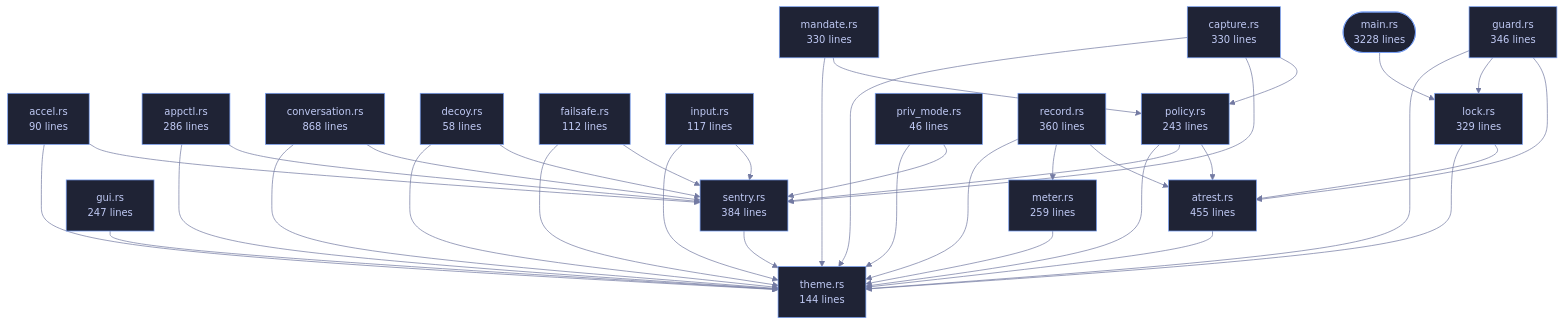
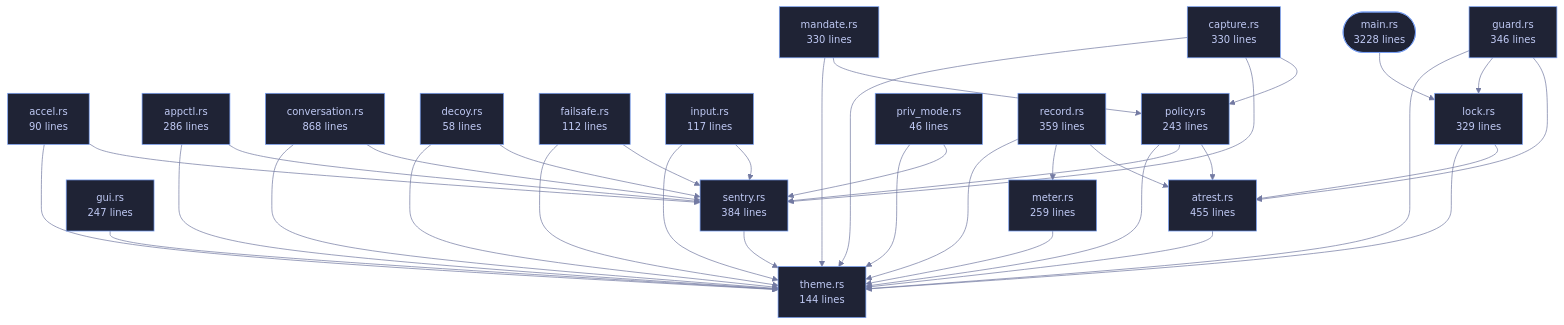
One commit to tilas01/veilvoice changed the diagram in crates/veilvoice-cli/README.md. Above: the diagram before and after it, drawn with Mermaid. The commit also changed other lines of this file and 46 other files, not shown here.

````diff
--- a/crates/veilvoice-cli/README.md
+++ b/crates/veilvoice-cli/README.md
@@ -110,77 +110,77 @@
 ```mermaid
 %%{init: {"theme":"base","themeVariables":{"background":"#1a1b26","primaryColor":"#1f2335","primaryTextColor":"#c0caf5","primaryBorderColor":"#7aa2f7","secondaryColor":"#16161e","tertiaryColor":"#16161e","lineColor":"#737aa2","textColor":"#c0caf5","mainBkg":"#1f2335","nodeBorder":"#7aa2f7","clusterBkg":"#16161e","clusterBorder":"#2f3549","fontFamily":"ui-monospace, SFMono-Regular, Consolas, monospace","fontSize":"14px"}}}%%
 flowchart TD
     n_main(["main.rs<br/>3228 lines"])
     n_accel["accel.rs<br/>90 lines"]
     n_appctl["appctl.rs<br/>286 lines"]
     n_atrest["atrest.rs<br/>455 lines"]
     n_capture["capture.rs<br/>330 lines"]
     n_conversation["conversation.rs<br/>868 lines"]
     n_decoy["decoy.rs<br/>58 lines"]
     n_failsafe["failsafe.rs<br/>112 lines"]
     n_guard["guard.rs<br/>346 lines"]
     n_gui["gui.rs<br/>247 lines"]
     n_input["input.rs<br/>117 lines"]
     n_lock["lock.rs<br/>329 lines"]
     n_mandate["mandate.rs<br/>330 lines"]
     n_meter["meter.rs<br/>259 lines"]
     n_policy["policy.rs<br/>243 lines"]
     n_priv_mode["priv_mode.rs<br/>46 lines"]
-    n_record["record.rs<br/>360 lines"]
+    n_record["record.rs<br/>359 lines"]
     n_sentry["sentry.rs<br/>384 lines"]
     n_theme["theme.rs<br/>144 lines"]
     n_accel --> n_sentry
     n_accel --> n_theme
     n_appctl --> n_sentry
     n_appctl --> n_theme
     n_atrest --> n_theme
     n_capture --> n_policy
     n_capture --> n_sentry
     n_capture --> n_theme
     n_conversation --> n_sentry
     n_conversation --> n_theme
     n_decoy --> n_sentry
     n_decoy --> n_theme
     n_failsafe --> n_sentry
     n_failsafe --> n_theme
     n_guard --> n_atrest
     n_guard --> n_lock
     n_guard --> n_theme
     n_gui --> n_theme
     n_input --> n_sentry
     n_input --> n_theme
     n_lock --> n_atrest
     n_lock --> n_theme
     n_main --> n_lock
     n_mandate --> n_policy
     n_mandate --> n_theme
     n_meter --> n_theme
     n_policy --> n_atrest
     n_policy --> n_sentry
     n_policy --> n_theme
     n_priv_mode --> n_sentry
     n_priv_mode --> n_theme
     n_record --> n_atrest
     n_record --> n_meter
     n_record --> n_theme
     n_sentry --> n_theme
     click n_main href "https://github.com/tilas01/veilvoice/blob/main/crates/veilvoice-cli/src/main.rs" "open the source"
     click n_accel href "https://github.com/tilas01/veilvoice/blob/main/crates/veilvoice-cli/src/accel.rs" "open the source"
     click n_appctl href "https://github.com/tilas01/veilvoice/blob/main/crates/veilvoice-cli/src/appctl.rs" "open the source"
     click n_atrest href "https://github.com/tilas01/veilvoice/blob/main/crates/veilvoice-cli/src/atrest.rs" "open the source"
     click n_capture href "https://github.com/tilas01/veilvoice/blob/main/crates/veilvoice-cli/src/capture.rs" "open the source"
     click n_conversation href "https://github.com/tilas01/veilvoice/blob/main/crates/veilvoice-cli/src/conversation.rs" "open the source"
     click n_decoy href "https://github.com/tilas01/veilvoice/blob/main/crates/veilvoice-cli/src/decoy.rs" "open the source"
     click n_failsafe href "https://github.com/tilas01/veilvoice/blob/main/crates/veilvoice-cli/src/failsafe.rs" "open the source"
     click n_guard href "https://github.com/tilas01/veilvoice/blob/main/crates/veilvoice-cli/src/guard.rs" "open the source"
     click n_gui href "https://github.com/tilas01/veilvoice/blob/main/crates/veilvoice-cli/src/gui.rs" "open the source"
     click n_input href "https://github.com/tilas01/veilvoice/blob/main/crates/veilvoice-cli/src/input.rs" "open the source"
     click n_lock href "https://github.com/tilas01/veilvoice/blob/main/crates/veilvoice-cli/src/lock.rs" "open the source"
     click n_mandate href "https://github.com/tilas01/veilvoice/blob/main/crates/veilvoice-cli/src/mandate.rs" "open the source"
     click n_meter href "https://github.com/tilas01/veilvoice/blob/main/crates/veilvoice-cli/src/meter.rs" "open the source"
     click n_policy href "https://github.com/tilas01/veilvoice/blob/main/crates/veilvoice-cli/src/policy.rs" "open the source"
     click n_priv_mode href "https://github.com/tilas01/veilvoice/blob/main/crates/veilvoice-cli/src/priv_mode.rs" "open the source"
     click n_record href "https://github.com/tilas01/veilvoice/blob/main/crates/veilvoice-cli/src/record.rs" "open the source"
     click n_sentry href "https://github.com/tilas01/veilvoice/blob/main/crates/veilvoice-cli/src/sentry.rs" "open the source"
     click n_theme href "https://github.com/tilas01/veilvoice/blob/main/crates/veilvoice-cli/src/theme.rs" "open the source"
 ```
````
